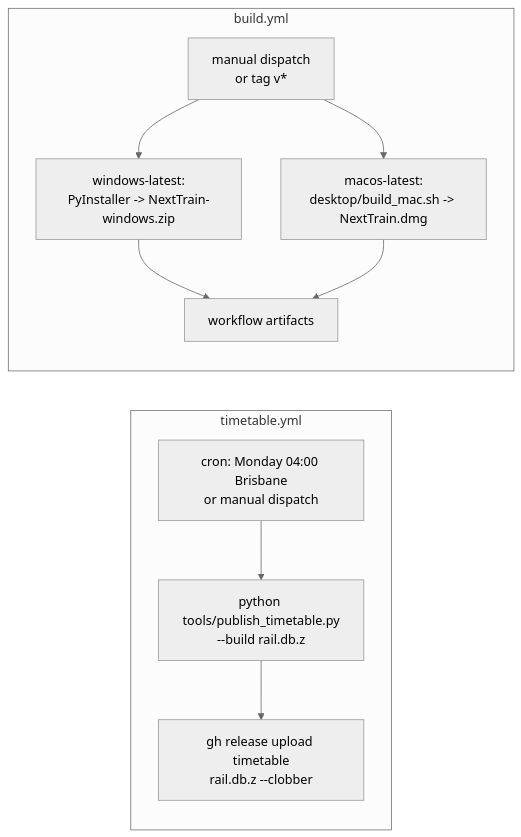
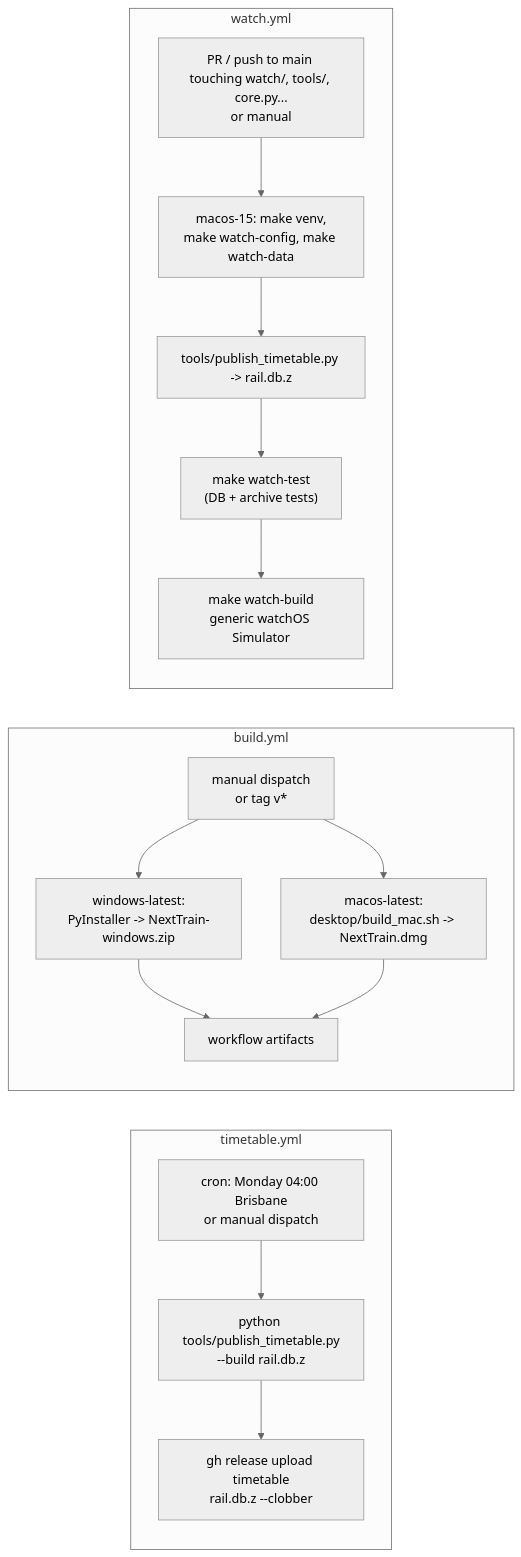
Before and after one commit to simonclur/nexttrain: the second of 3 diagrams in docs/pipeline-and-ci.md, drawn with Mermaid (neutral theme). The commit also changed other lines of this file and 4 other files, not shown here.

````diff
--- a/docs/pipeline-and-ci.md
+++ b/docs/pipeline-and-ci.md
@@ -53,12 +53,18 @@
 ```mermaid
 flowchart LR
     subgraph timetable.yml
       T1["cron: Monday 04:00 Brisbane<br/>or manual dispatch"] --> T2["python tools/publish_timetable.py<br/>--build rail.db.z"] --> T3["gh release upload timetable<br/>rail.db.z --clobber"]
     end
     subgraph build.yml
       B1["manual dispatch<br/>or tag v*"] --> BW["windows-latest:<br/>PyInstaller -> NextTrain-windows.zip"]
       B1 --> BM["macos-latest:<br/>desktop/build_mac.sh -> NextTrain.dmg"]
       BW --> BA["workflow artifacts"]
       BM --> BA
     end
+    subgraph watch.yml
+      W1["PR / push to main touching watch/, tools/, core.py...<br/>or manual"] --> W2["macos-15: make venv,<br/>make watch-config, make watch-data"]
+      W2 --> W3["tools/publish_timetable.py -> rail.db.z"]
+      W3 --> W4["make watch-test<br/>(DB + archive tests)"]
+      W4 --> W5["make watch-build<br/>generic watchOS Simulator"]
+    end
 ```
````
